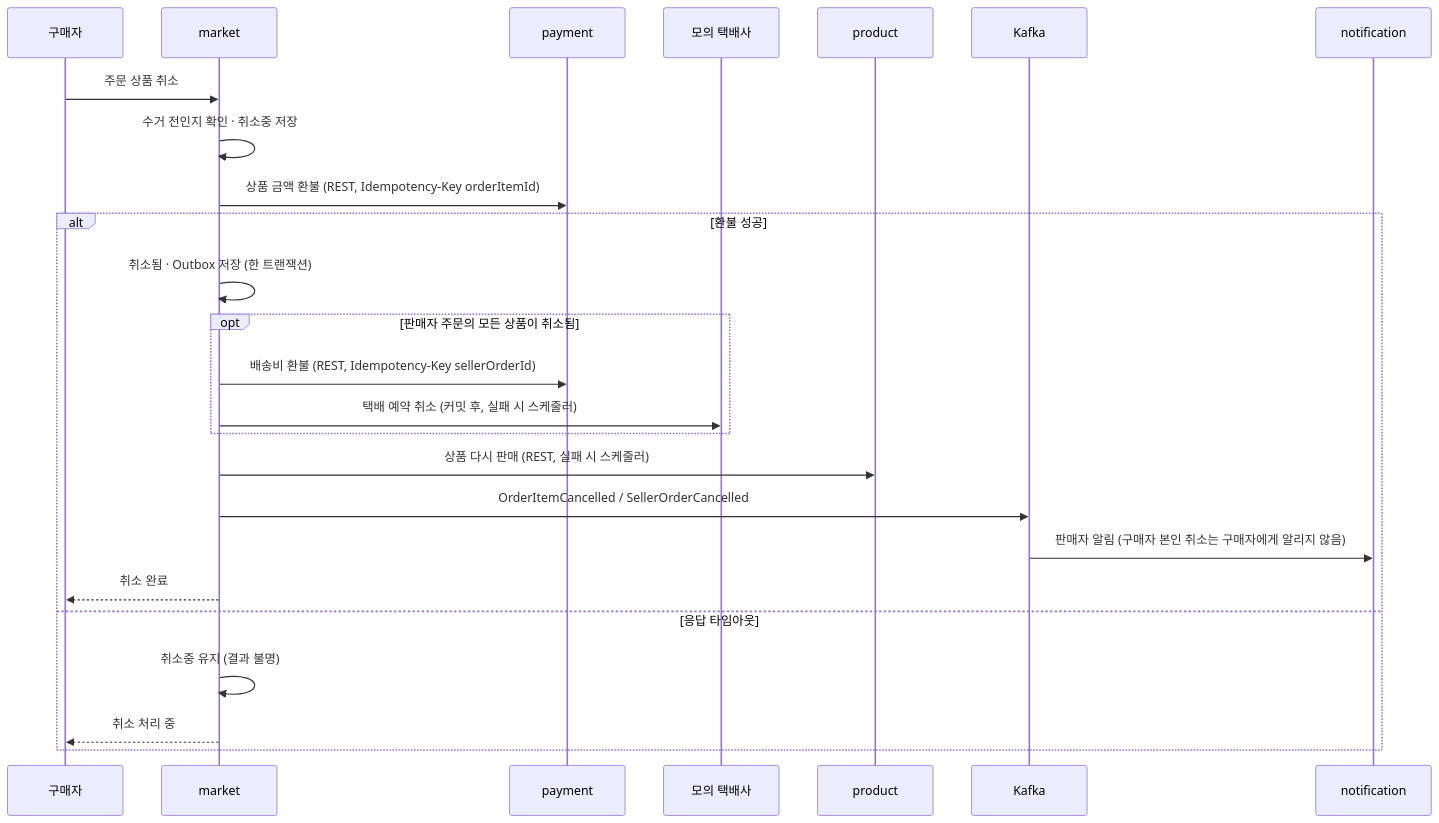
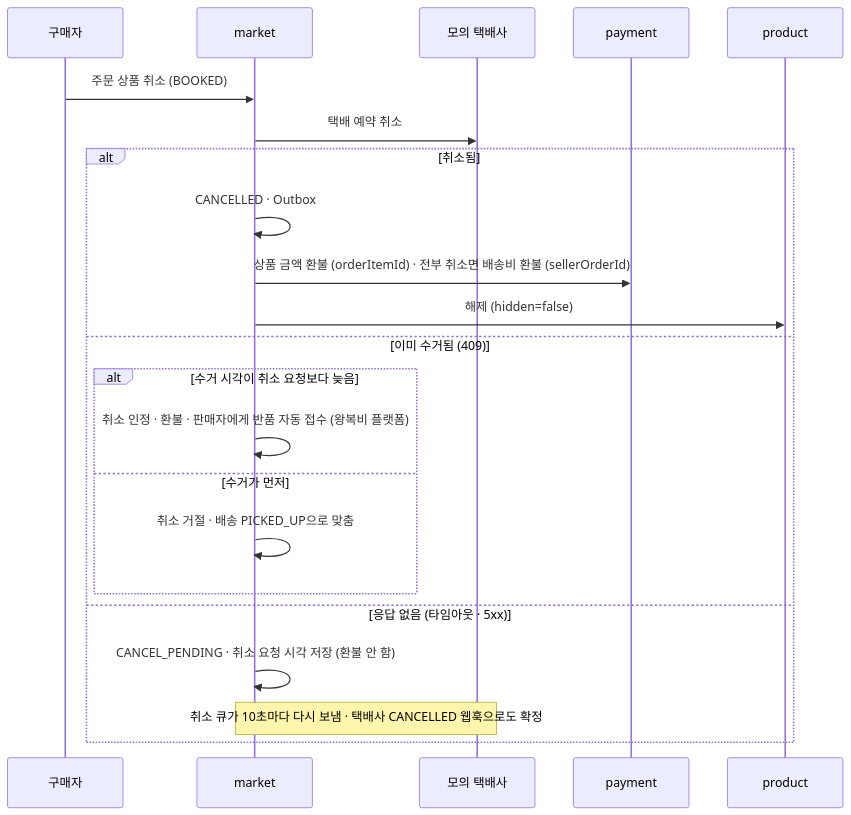
The diagram in docs/flows/cancel-refund.md (prgrms-be-adv-devcourse/beadv8_8_JustCommit_BE), drawn with Mermaid before and after one commit. The commit also changed other lines of this file and 41 other files, not shown here.

````diff
--- a/docs/flows/cancel-refund.md
+++ b/docs/flows/cancel-refund.md
@@ -10,27 +15,24 @@
 ```mermaid
 sequenceDiagram
     participant U as 구매자
     participant M as market
+    participant C as 모의 택배사
     participant P as payment
-    participant C as 모의 택배사
     participant PR as product
-    participant K as Kafka
-    participant N as notification
-    U->>M: 주문 상품 취소
-    M->>M: 수거 전인지 확인 · 취소중 저장
-    M->>P: 상품 금액 환불 (REST, Idempotency-Key orderItemId)
-    alt 환불 성공
-        M->>M: 취소됨 · Outbox 저장 (한 트랜잭션)
-        opt 판매자 주문의 모든 상품이 취소됨
-            M->>P: 배송비 환불 (REST, Idempotency-Key sellerOrderId)
-            M->>C: 택배 예약 취소 (커밋 후, 실패 시 스케줄러)
+    U->>M: 주문 상품 취소 (BOOKED)
+    M->>C: 택배 예약 취소
+    alt 취소됨
+        M->>M: CANCELLED · Outbox
+        M->>P: 상품 금액 환불 (orderItemId) · 전부 취소면 배송비 환불 (sellerOrderId)
+        M->>PR: 해제 (hidden=false)
+    else 이미 수거됨 (409)
+        alt 수거 시각이 취소 요청보다 늦음
+            M->>M: 취소 인정 · 환불 · 판매자에게 반품 자동 접수 (왕복비 플랫폼)
+        else 수거가 먼저
+            M->>M: 취소 거절 · 배송 PICKED_UP으로 맞춤
         end
-        M->>PR: 상품 다시 판매 (REST, 실패 시 스케줄러)
-        M->>K: OrderItemCancelled / SellerOrderCancelled
-        K->>N: 판매자 알림 (구매자 본인 취소는 구매자에게 알리지 않음)
-        M-->>U: 취소 완료
-    else 응답 타임아웃
-        M->>M: 취소중 유지 (결과 불명)
-        M-->>U: 취소 처리 중
+    else 응답 없음 (타임아웃 · 5xx)
+        M->>M: CANCEL_PENDING · 취소 요청 시각 저장 (환불 안 함)
+        Note over M,C: 취소 큐가 10초마다 다시 보냄 · 택배사 CANCELLED 웹훅으로도 확정
     end
 ```
````
